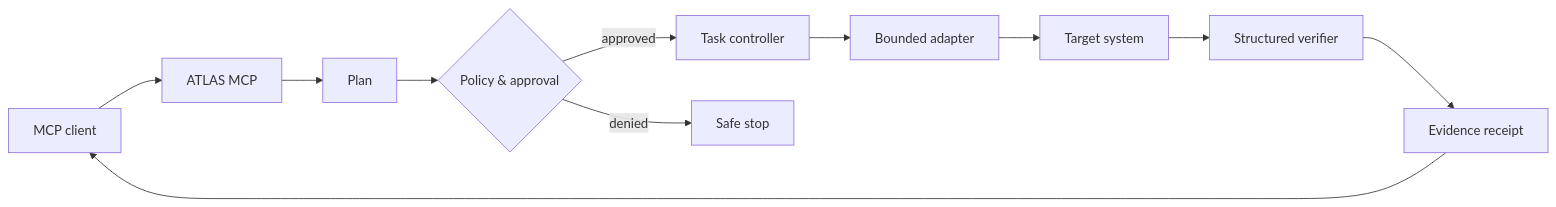
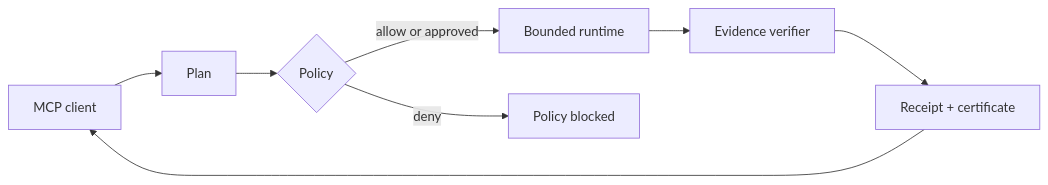
One commit to XAGI-Lab/atlas-mcp changed the diagram in README.md. Above: the diagram before and after it, drawn with Mermaid. The commit also changed other lines of this file and 118 other files, not shown here.

Commit message:
Ship the ATLAS MCP 0.1 execution runtime (#3)

````diff
--- a/README.md
+++ b/README.md
@@ -94,13 +125,10 @@
 ```mermaid
 flowchart LR
-    Client["MCP client"] --> Server["ATLAS MCP"]
-    Server --> Plan["Plan"]
-    Plan --> Policy{"Policy & approval"}
-    Policy -->|approved| Task["Task controller"]
-    Policy -->|denied| Stop["Safe stop"]
-    Task --> Adapter["Bounded adapter"]
-    Adapter --> Target["Target system"]
-    Target --> Verify["Structured verifier"]
-    Verify --> Receipt["Evidence receipt"]
+    Client["MCP client"] --> Plan["Plan"]
+    Plan --> Policy{"Policy"}
+    Policy -->|allow or approved| Execute["Bounded runtime"]
+    Policy -->|deny| Stop["Policy blocked"]
+    Execute --> Verify["Evidence verifier"]
+    Verify --> Receipt["Receipt + certificate"]
     Receipt --> Client
 ```
````
